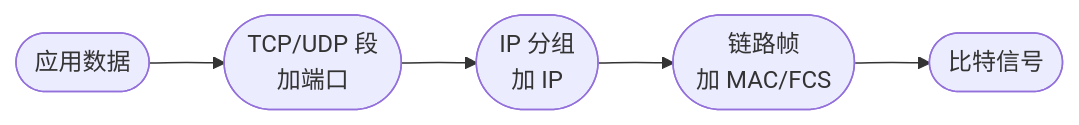
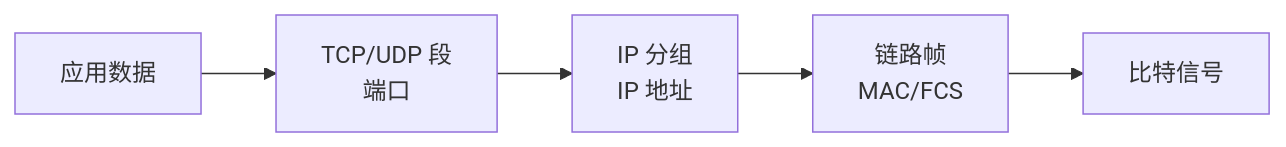
The diagram in 01_综合知识/01_计算机系统基础知识/03_计算机网络/网络协议与OSI七层.md (74262195/system-architect-notes), drawn with Mermaid before and after one commit. The commit also changed other lines of this file and 19 other files, not shown here.

````diff
--- a/01_综合知识/01_计算机系统基础知识/03_计算机网络/网络协议与OSI七层.md
+++ b/01_综合知识/01_计算机系统基础知识/03_计算机网络/网络协议与OSI七层.md
@@ -70,7 +57,7 @@
-```mermaid
+~~~mermaid
 flowchart LR
-  A([应用数据]) --> B([TCP/UDP 段<br/>加端口])
-  B --> C([IP 分组<br/>加 IP])
-  C --> D([链路帧<br/>加 MAC/FCS])
-  D --> E([比特信号])
-```
+    A["应用数据"] --> B["TCP/UDP 段<br/>端口"]
+    B --> C["IP 分组<br/>IP 地址"]
+    C --> D["链路帧<br/>MAC/FCS"]
+    D --> E["比特信号"]
+~~~
````
